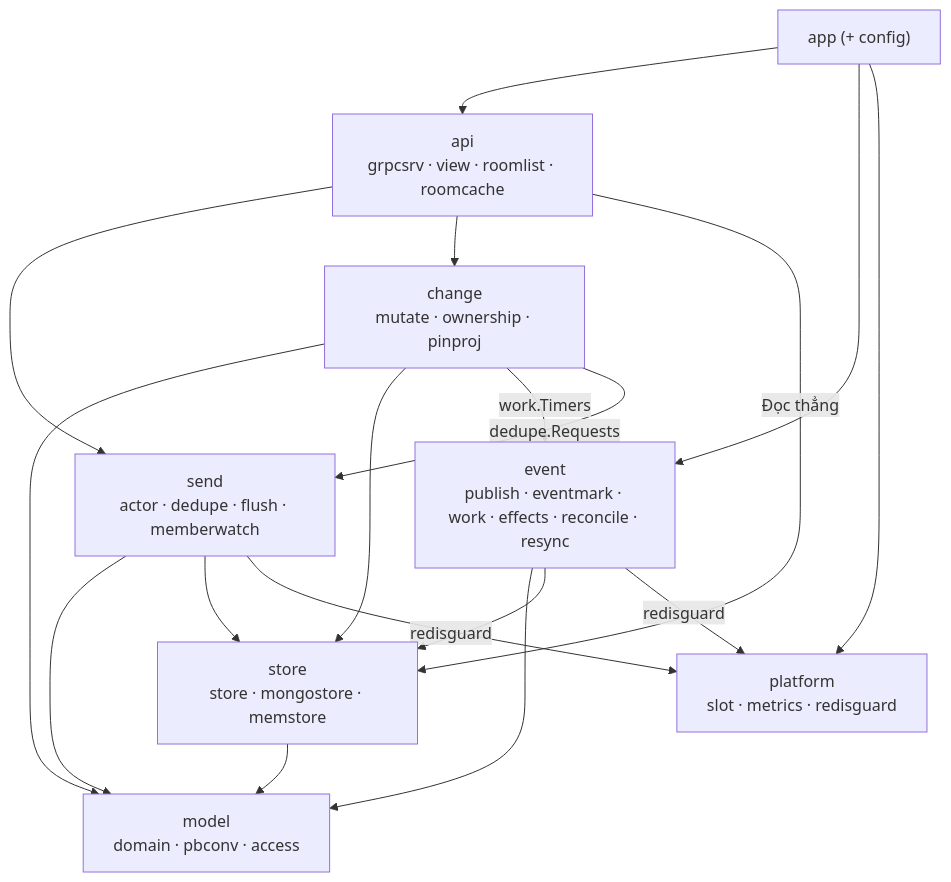
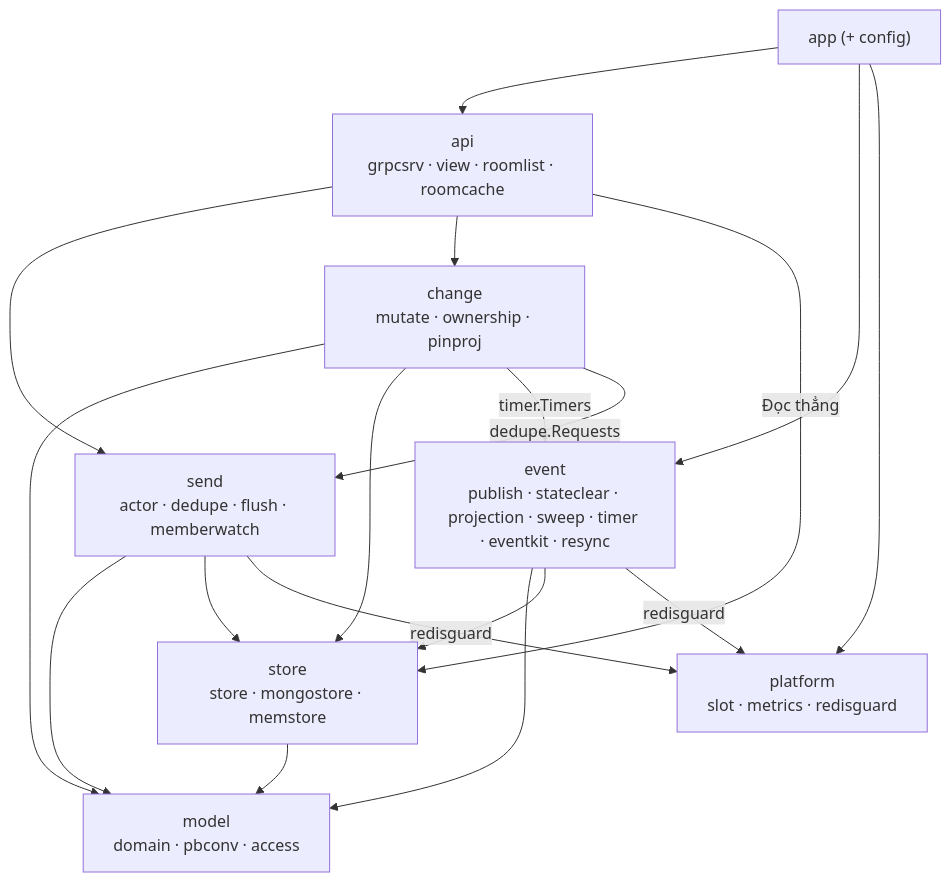
The second of 2 diagrams in docs/architecture.md (ivannguyendev/chatim), drawn with Mermaid before and after one commit. The commit also changed other lines of this file and 16 other files, not shown here.

````diff
--- a/docs/architecture.md
+++ b/docs/architecture.md
@@ -171,22 +174,22 @@
 ```mermaid
 flowchart TB
     app["app (+ config)"]
     api["api<br/>grpcsrv · view · roomlist · roomcache"]
     send["send<br/>actor · dedupe · flush · memberwatch"]
     change["change<br/>mutate · ownership · pinproj"]
-    event["event<br/>publish · eventmark · work · effects · reconcile · resync"]
+    event["event<br/>publish · stateclear · projection · sweep · timer · eventkit · resync"]
     model["model<br/>domain · pbconv · access"]
     store["store<br/>store · mongostore · memstore"]
     platform["platform<br/>slot · metrics · redisguard"]
 
     app --> api & event & platform
     api --> send & change
     api -->|Đọc thẳng| store
     send --> model & store
     change --> model & store
-    change -->|work.Timers| event
+    change -->|timer.Timers| event
     change -->|dedupe.Requests| send
     event --> model & store
     send & event -->|redisguard| platform
     store --> model
 ```
````
